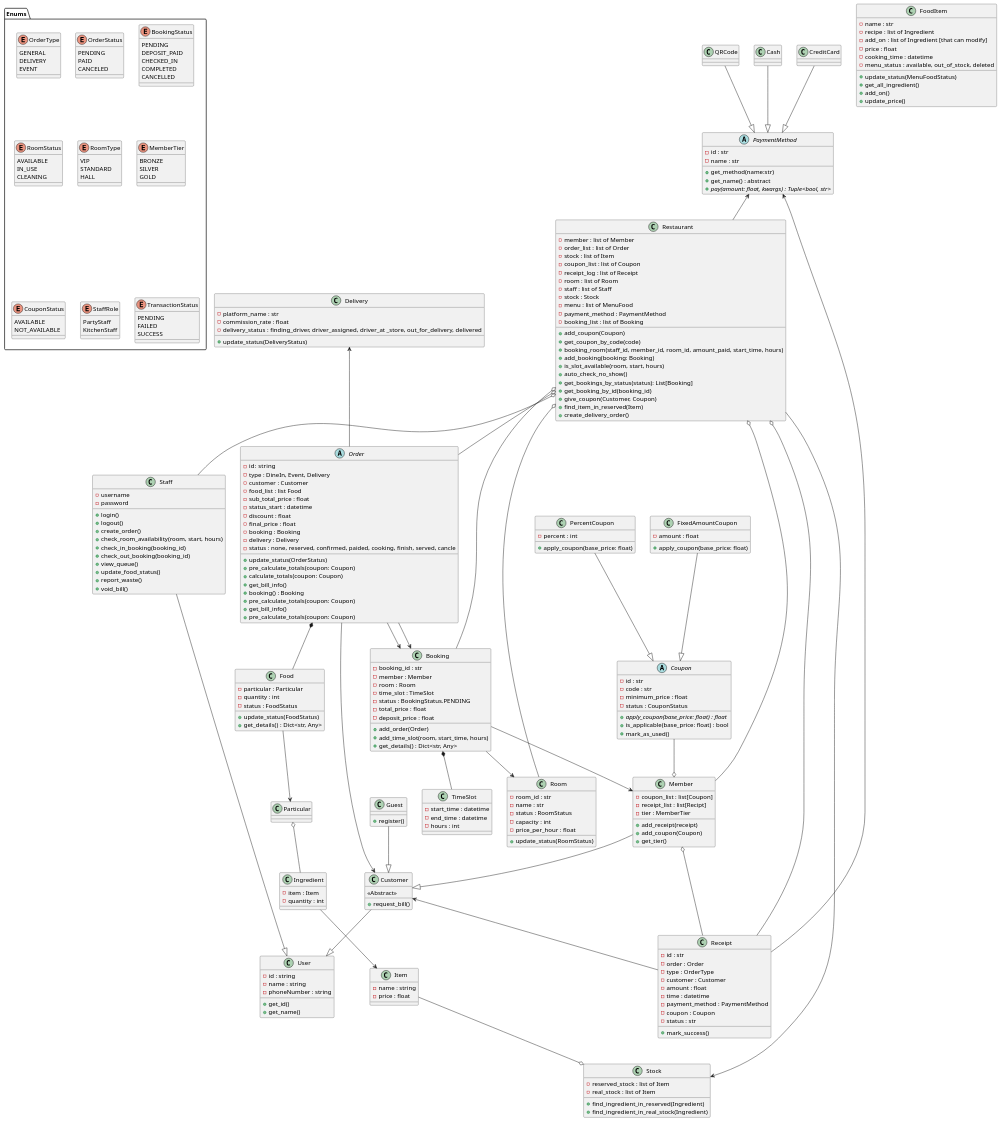
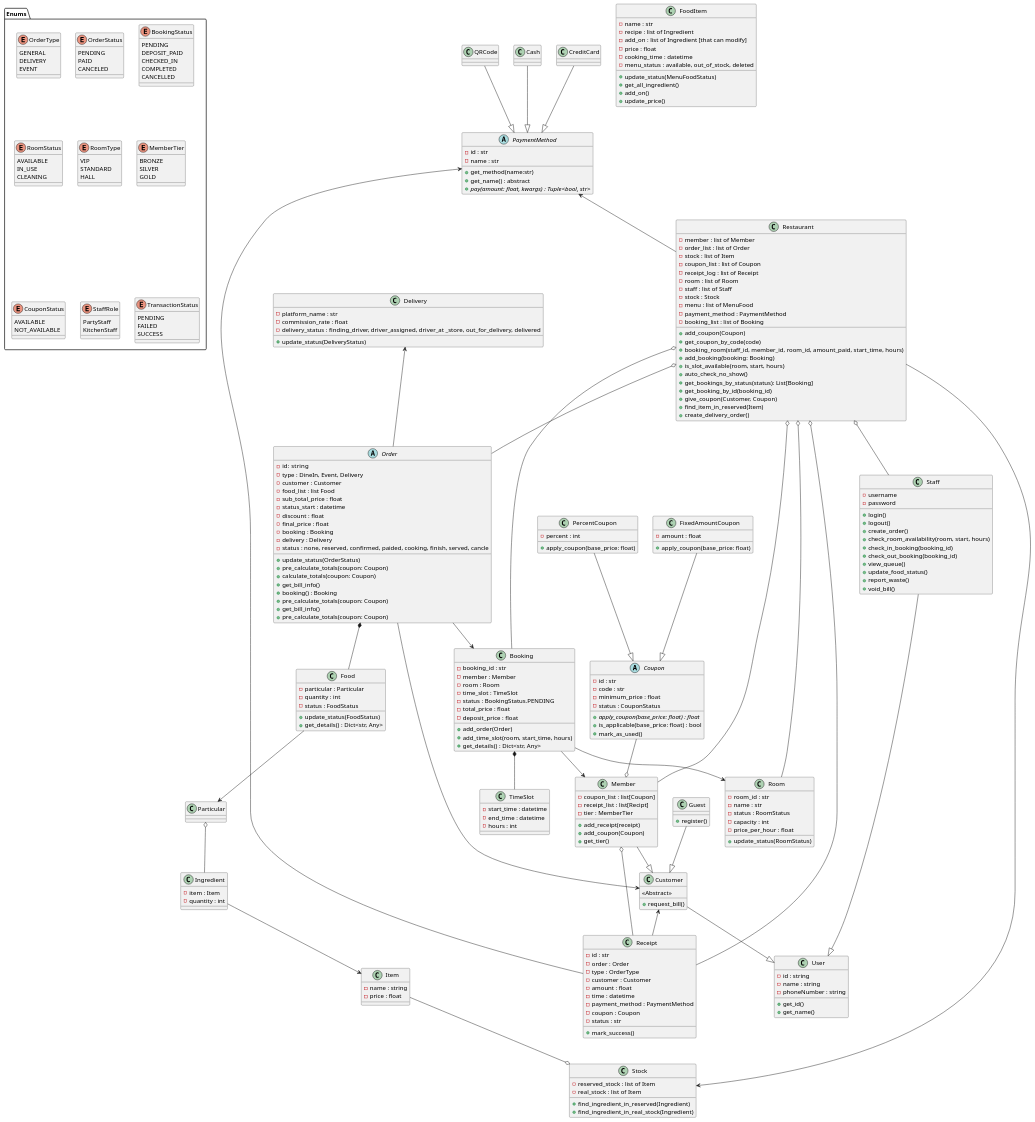
Before and after one commit to twrrippy/knight-chicken-oop: the diagram in shared/doc/class_diagram.puml, drawn with PlantUML.

Commit message:
change strategy to method

```diff
--- a/shared/doc/class_diagram.puml
+++ b/shared/doc/class_diagram.puml
@@ -70,7 +70,6 @@
 
 Restaurant o-- Order
 Order *-- Food
-Order --> Booking
 Order --> Customer
 Food --> Particular
 Particular o-- Ingredient
```
